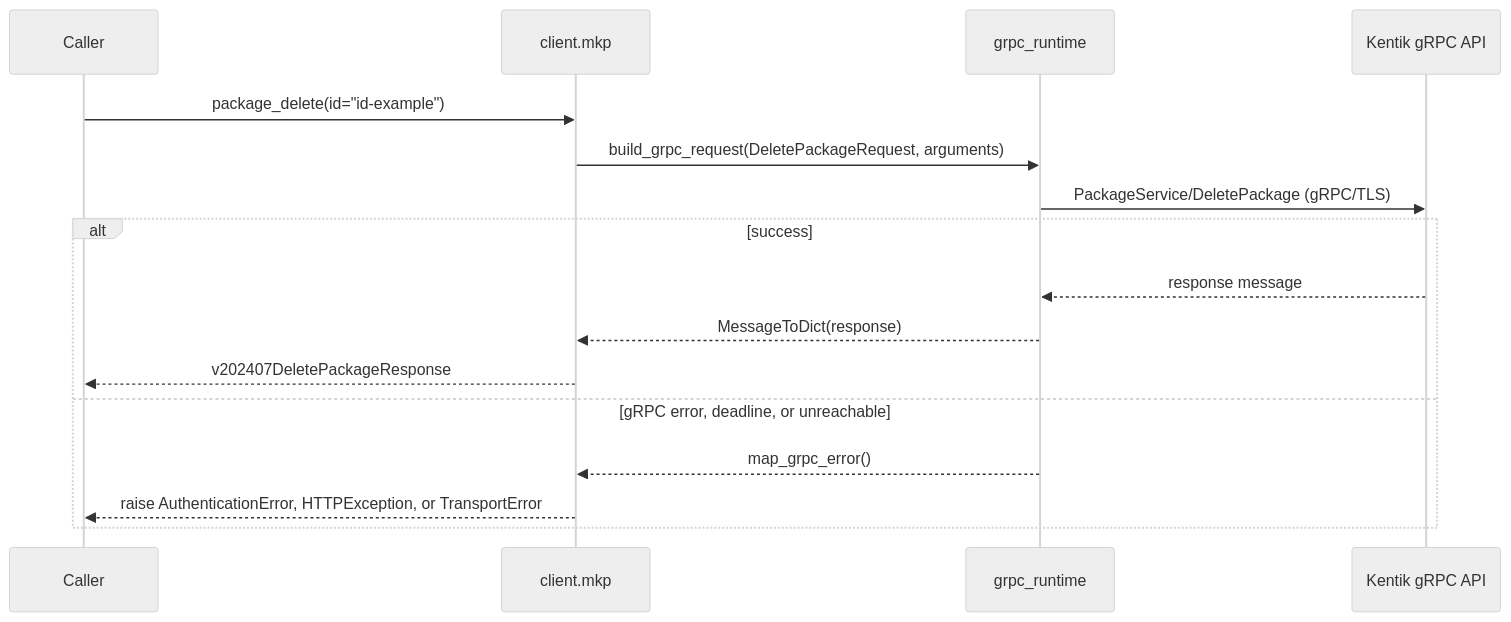
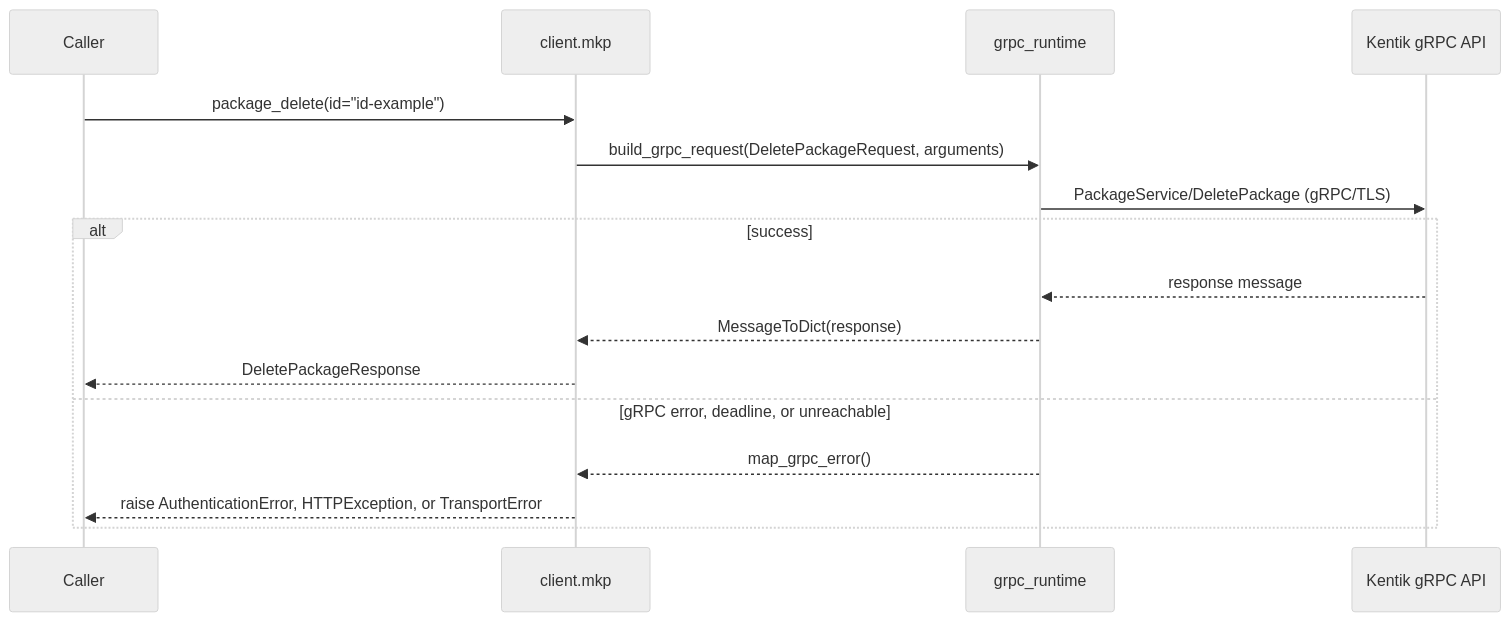
Diagram 11 of 30 in docs/sphinx/services/mkp.md (alexdearaujo/community_sdk_python), drawn with Mermaid (neutral theme) before and after one commit. The commit also changed other lines of this file and 38 other files, not shown here.

````diff
--- a/docs/sphinx/services/mkp.md
+++ b/docs/sphinx/services/mkp.md
@@ -359,19 +359,19 @@
 ```mermaid
 sequenceDiagram
     participant C as Caller
     participant W as client.mkp
     participant R as grpc_runtime
     participant API as Kentik gRPC API
 
     C->>W: package_delete(id="id-example")
     W->>R: build_grpc_request(DeletePackageRequest, arguments)
     R->>API: PackageService/DeletePackage (gRPC/TLS)
     alt success
         API-->>R: response message
         R-->>W: MessageToDict(response)
-        W-->>C: v202407DeletePackageResponse
+        W-->>C: DeletePackageResponse
     else gRPC error, deadline, or unreachable
         R-->>W: map_grpc_error()
         W-->>C: raise AuthenticationError, HTTPException, or TransportError
     end
 ```
````
